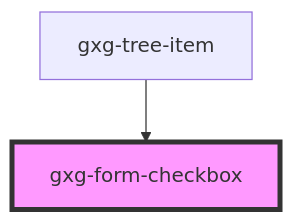
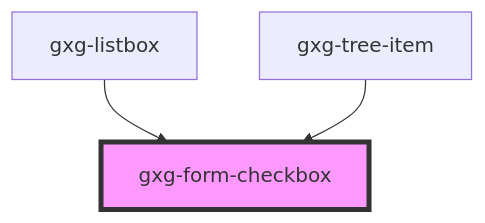
One commit to genexuslabs/gemini changed the diagram in src/components/form-checkbox/readme.md. Above: the diagram before and after it, drawn with Mermaid. The commit also changed other lines of this file and 11 other files, not shown here.

````diff
--- a/src/components/form-checkbox/readme.md
+++ b/src/components/form-checkbox/readme.md
@@ -41,5 +42,6 @@
 ```mermaid
 graph TD;
+  gxg-listbox --> gxg-form-checkbox
   gxg-tree-item --> gxg-form-checkbox
   style gxg-form-checkbox fill:#f9f,stroke:#333,stroke-width:4px
 ```
````
